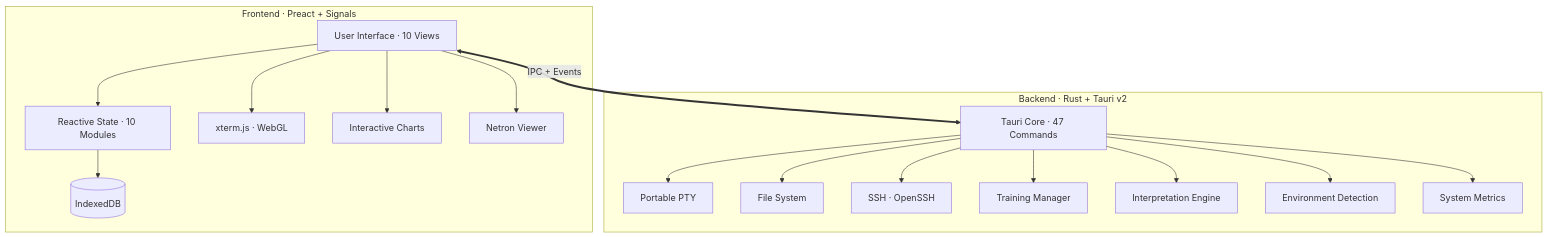
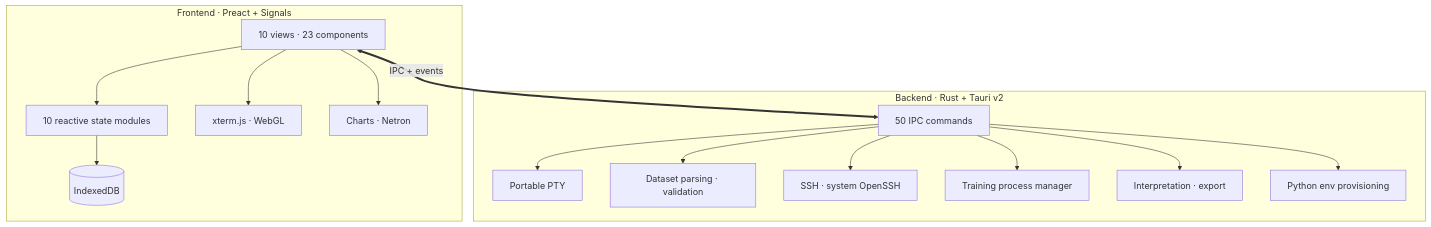
One commit to theja-vanka/NightForge changed the diagram in README.md. Above: the diagram before and after it, drawn with Mermaid. The commit also changed other lines of this file, not shown here.

````diff
--- a/README.md
+++ b/README.md
@@ -171,22 +330,20 @@
 ```mermaid
 graph TD
     subgraph Frontend["Frontend · Preact + Signals"]
-        UI["User Interface · 10 Views"] --> State["Reactive State · 10 Modules"]
+        UI["10 views · 23 components"] --> State["10 reactive state modules"]
         State --> DB[("IndexedDB")]
         UI --> Terminal["xterm.js · WebGL"]
-        UI --> Charts["Interactive Charts"]
-        UI --> Netron["Netron Viewer"]
+        UI --> Charts["Charts · Netron"]
     end
 
     subgraph Backend["Backend · Rust + Tauri v2"]
-        Tauri["Tauri Core · 47 Commands"] --> PTY["Portable PTY"]
-        Tauri --> FS["File System"]
-        Tauri --> SSH["SSH · OpenSSH"]
-        Tauri --> Training["Training Manager"]
-        Tauri --> Interpret["Interpretation Engine"]
-        Tauri --> Env["Environment Detection"]
-        Tauri --> System["System Metrics"]
+        Tauri["50 IPC commands"] --> PTY["Portable PTY"]
+        Tauri --> FS["Dataset parsing · validation"]
+        Tauri --> SSH["SSH · system OpenSSH"]
+        Tauri --> Training["Training process manager"]
+        Tauri --> Interpret["Interpretation · export"]
+        Tauri --> Env["Python env provisioning"]
     end
 
-    UI <== "IPC + Events" ==> Tauri
+    UI <== "IPC + events" ==> Tauri
 ```
````
